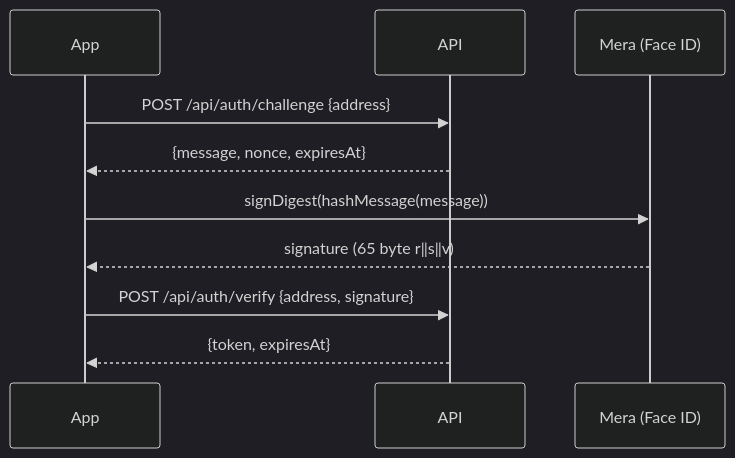
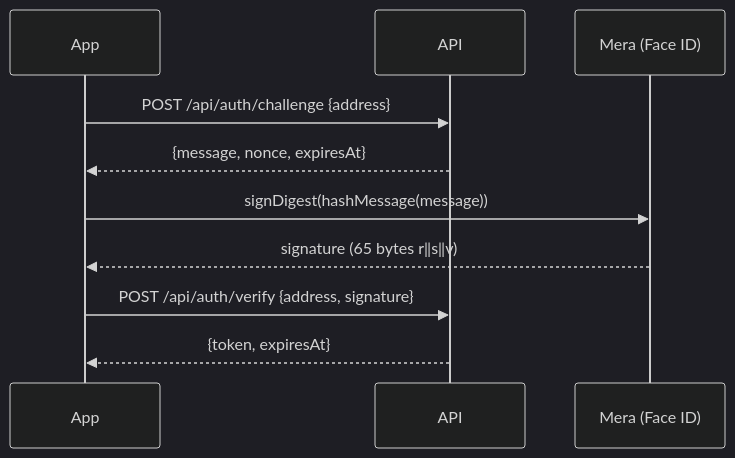
One commit to sewunodetech/tekosoe changed the second of 7 diagrams in apps/api/docs/API.md. Above: the diagram before and after it, drawn with Mermaid (dark theme). The commit also changed other lines of this file and 24 other files, not shown here.

````diff
--- a/apps/api/docs/API.md
+++ b/apps/api/docs/API.md
@@ -114,13 +115,13 @@
 ```mermaid
 sequenceDiagram
   participant App
   participant API
   participant M as Mera (Face ID)
 
   App->>API: POST /api/auth/challenge {address}
   API-->>App: {message, nonce, expiresAt}
   App->>M: signDigest(hashMessage(message))
-  M-->>App: signature (65 byte r‖s‖v)
+  M-->>App: signature (65 bytes r‖s‖v)
   App->>API: POST /api/auth/verify {address, signature}
   API-->>App: {token, expiresAt}
 ```
````
